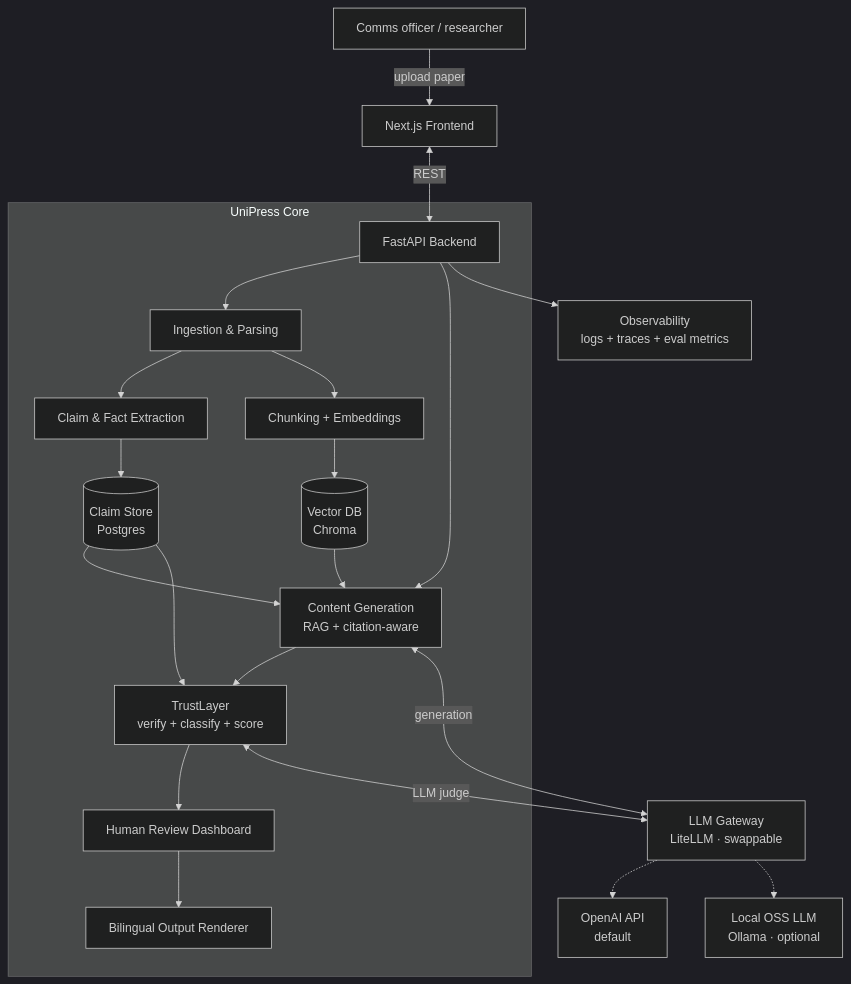
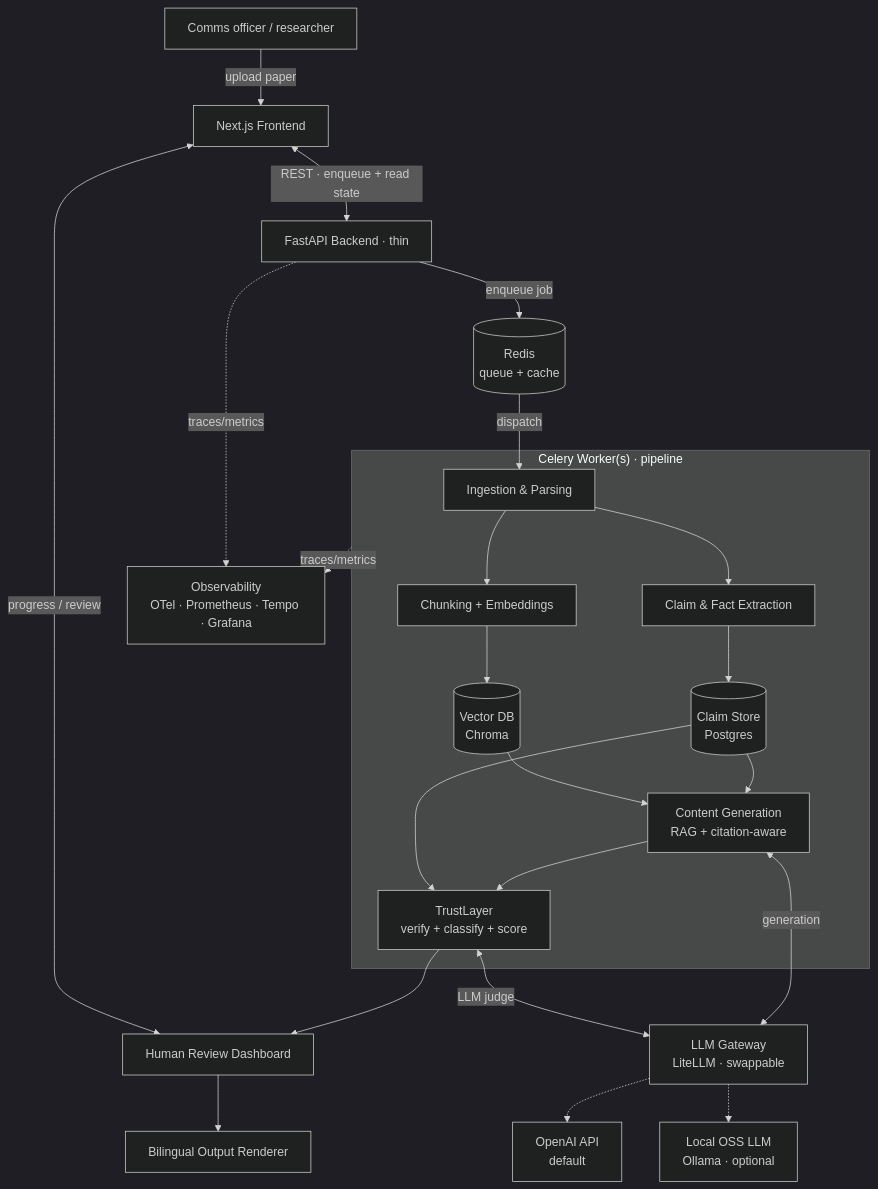
Before and after one commit to gilbert-mutai/unipress-de: the first of 4 diagrams in docs/02-architecture.md, drawn with Mermaid (dark theme). The commit also changed other lines of this file and 1 other file, not shown here.

````diff
--- a/docs/02-architecture.md
+++ b/docs/02-architecture.md
@@ -24,27 +24,32 @@
 ```mermaid
 flowchart TD
     U[Comms officer / researcher] -->|upload paper| FE[Next.js Frontend]
-    FE <-->|REST| API[FastAPI Backend]
+    FE <-->|REST · enqueue + read state| API[FastAPI Backend · thin]
+    API -->|enqueue job| Q[(Redis<br/>queue + cache)]
 
-    subgraph Core["UniPress Core"]
-        API --> ING[Ingestion & Parsing]
+    subgraph Worker["Celery Worker(s) · pipeline"]
+        ING[Ingestion & Parsing]
         ING --> CLM[Claim & Fact Extraction]
         CLM --> CS[(Claim Store<br/>Postgres)]
         ING --> CHUNK[Chunking + Embeddings]
         CHUNK --> VDB[(Vector DB<br/>Chroma)]
-        API --> GEN[Content Generation<br/>RAG + citation-aware]
+        GEN[Content Generation<br/>RAG + citation-aware]
         CS --> GEN
         VDB --> GEN
         GEN --> TL[TrustLayer<br/>verify + classify + score]
         CS --> TL
-        TL --> REV[Human Review Dashboard]
-        REV --> OUT[Bilingual Output Renderer]
     end
+
+    Q -->|dispatch| ING
+    TL --> REV[Human Review Dashboard]
+    REV --> OUT[Bilingual Output Renderer]
+    FE <-->|progress / review| REV
 
     GEN <-->|generation| LLM[LLM Gateway<br/>LiteLLM · swappable]
     TL <-->|LLM judge| LLM
     LLM -.-> HOSTED[OpenAI API<br/>default]
     LLM -.-> LOCAL[Local OSS LLM<br/>Ollama · optional]
 
-    API --> OBS[Observability<br/>logs + traces + eval metrics]
+    API -. traces/metrics .-> OBS[Observability<br/>OTel · Prometheus · Tempo · Grafana]
+    Worker -. traces/metrics .-> OBS
 ```
````
